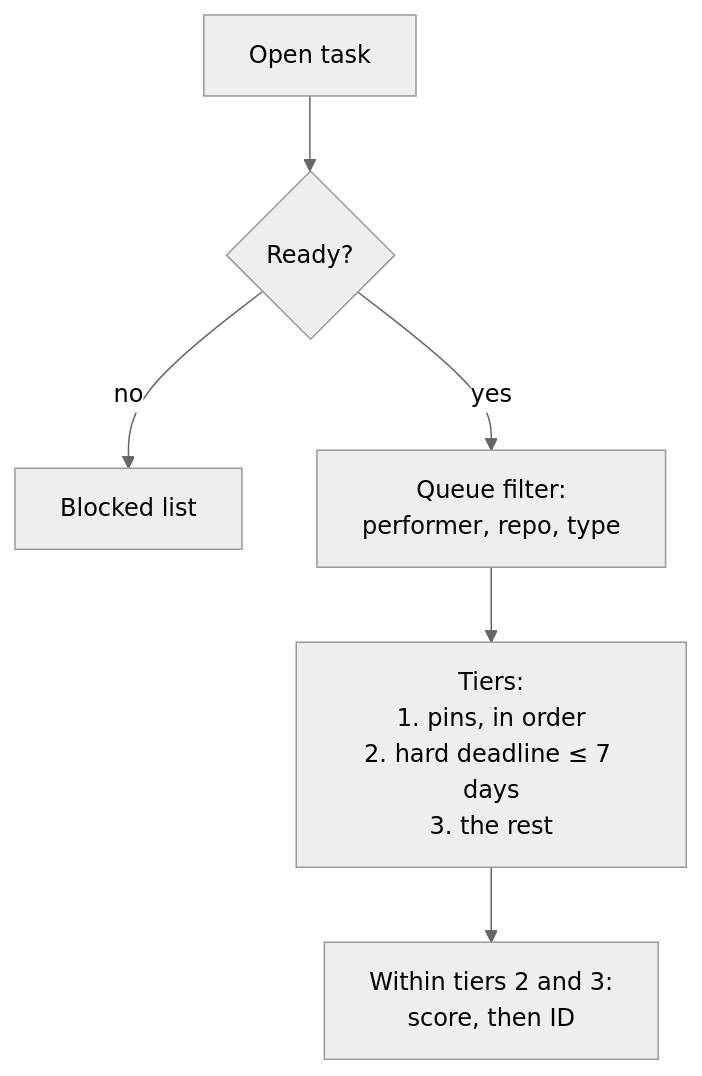
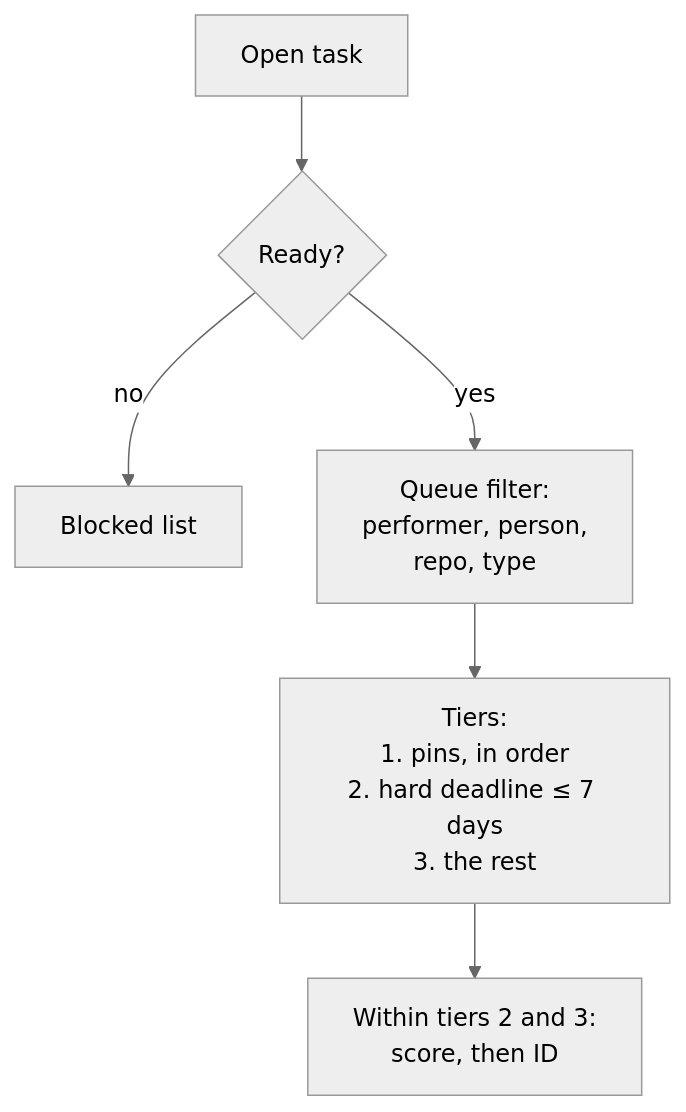
One commit to jmbowman/agentic_development changed the third of 4 diagrams in docs/intent/task-tracker/task-tracker-design.md. Above: the diagram before and after it, drawn with Mermaid (neutral theme). The commit also changed other lines of this file and 15 other files, not shown here.

````diff
--- a/docs/intent/task-tracker/task-tracker-design.md
+++ b/docs/intent/task-tracker/task-tracker-design.md
@@ -182,8 +193,8 @@
 ```mermaid
 flowchart TD
   open["Open task"] --> ready{"Ready?"}
   ready -->|no| blocked["Blocked list"]
-  ready -->|yes| filter["Queue filter:<br/>performer, repo, type"]
+  ready -->|yes| filter["Queue filter:<br/>performer, person,<br/>repo, type"]
   filter --> tiers["Tiers:<br/>1. pins, in order<br/>2. hard deadline ≤ 7 days<br/>3. the rest"]
   tiers --> score["Within tiers 2 and 3:<br/>score, then ID"]
 ```
````
